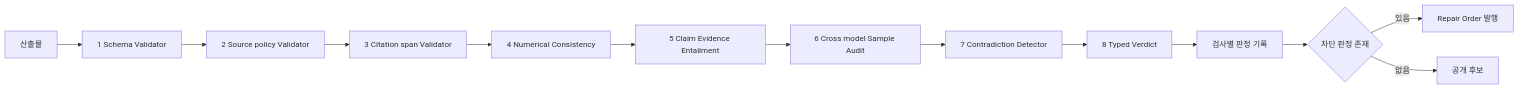
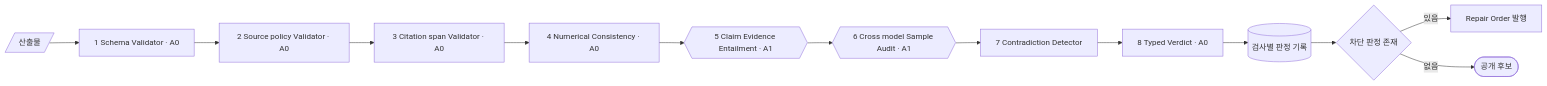
One commit to Mureung1/hub-showcase changed the second of 2 diagrams in docs/agent-design.md. Above: the diagram before and after it, drawn with Mermaid. The commit also changed other lines of this file and 3 other files, not shown here.

Commit message:
docs: define knowledge schema, statistics model, and execution layers

````diff
--- a/docs/agent-design.md
+++ b/docs/agent-design.md
@@ -242,15 +242,15 @@
 ```mermaid
 flowchart LR
-    A["산출물"] --> C1["1 Schema Validator"]
-    C1 --> C2["2 Source policy Validator"]
-    C2 --> C3["3 Citation span Validator"]
-    C3 --> C4["4 Numerical Consistency"]
-    C4 --> C5["5 Claim Evidence Entailment"]
-    C5 --> C6["6 Cross model Sample Audit"]
+    A[/"산출물"/] --> C1["1 Schema Validator · A0"]
+    C1 --> C2["2 Source policy Validator · A0"]
+    C2 --> C3["3 Citation span Validator · A0"]
+    C3 --> C4["4 Numerical Consistency · A0"]
+    C4 --> C5{{"5 Claim Evidence Entailment · A1"}}
+    C5 --> C6{{"6 Cross model Sample Audit · A1"}}
     C6 --> C7["7 Contradiction Detector"]
-    C7 --> C8["8 Typed Verdict"]
-    C8 --> R["검사별 판정 기록"]
+    C7 --> C8["8 Typed Verdict · A0"]
+    C8 --> R[("검사별 판정 기록")]
     R --> D{"차단 판정 존재"}
     D -->|"있음"| F["Repair Order 발행"]
-    D -->|"없음"| P["공개 후보"]
+    D -->|"없음"| P(["공개 후보"])
 ```
````
